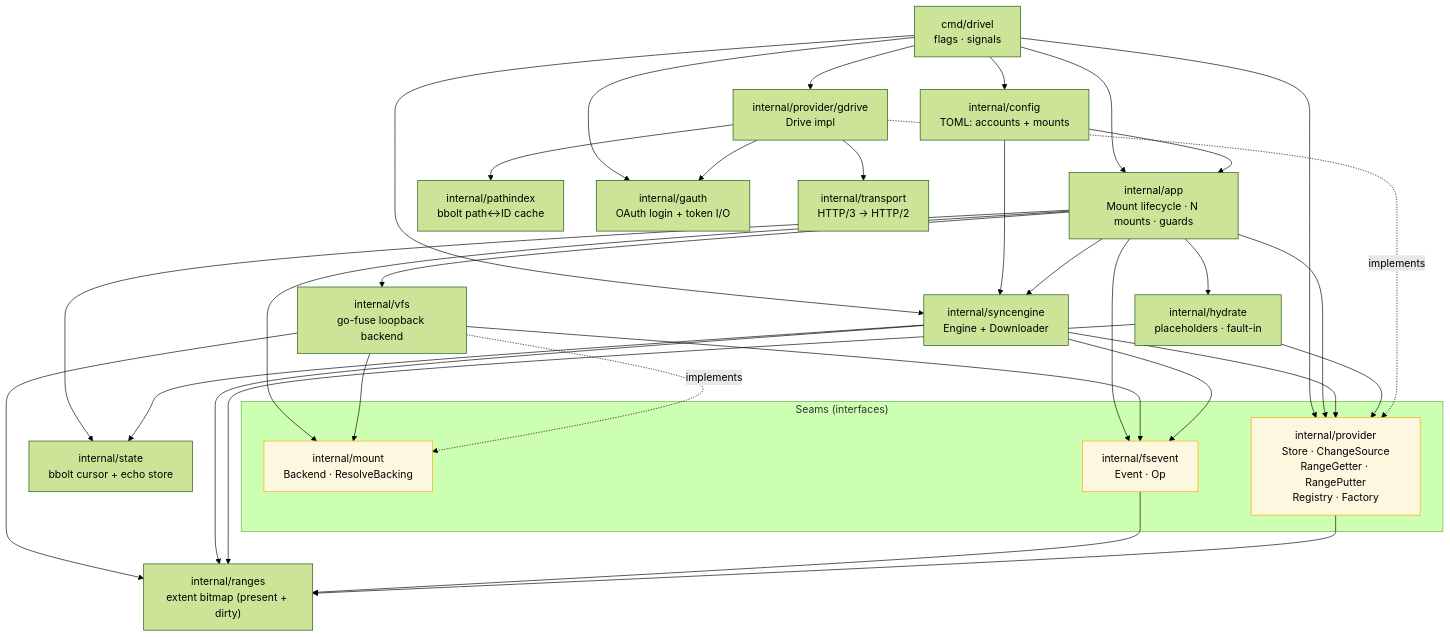
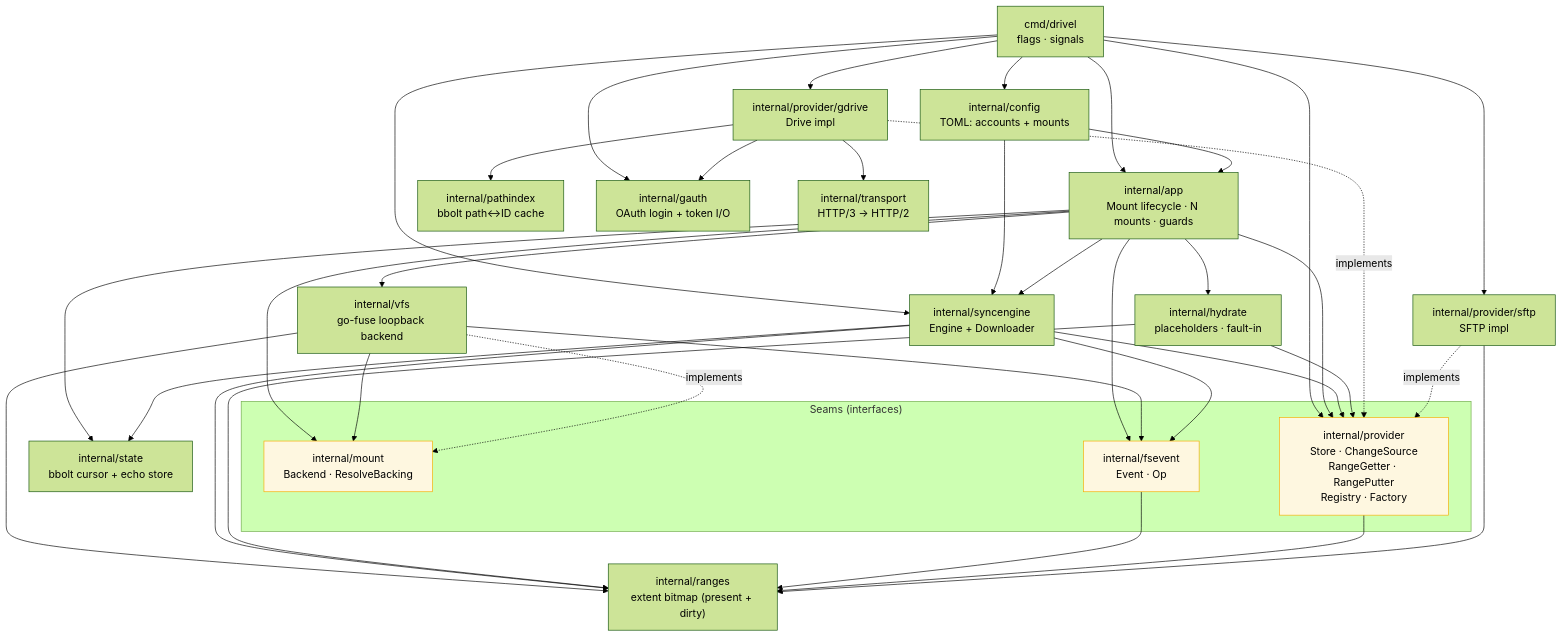
Before and after one commit to syshlted/drivel: the second of 2 diagrams in docs/dev/architecture.md, drawn with Mermaid (forest theme). The commit also changed other lines of this file and 41 other files, not shown here.

````diff
--- a/docs/dev/architecture.md
+++ b/docs/dev/architecture.md
@@ -104,66 +107,71 @@
 ```mermaid
 flowchart TD
     main["cmd/drivel<br/>flags · signals"]
     app["internal/app<br/>Mount lifecycle · N mounts · guards"]
     config["internal/config<br/>TOML: accounts + mounts"]
 
     subgraph seams["Seams (interfaces)"]
         mount["internal/mount<br/>Backend · ResolveBacking"]
         provider["internal/provider<br/>Store · ChangeSource<br/>RangeGetter · RangePutter<br/>Registry · Factory"]
         fsevent["internal/fsevent<br/>Event · Op"]
     end
 
     vfs["internal/vfs<br/>go-fuse loopback backend"]
     syncengine["internal/syncengine<br/>Engine + Downloader"]
     state["internal/state<br/>bbolt cursor + echo store"]
     hydrate["internal/hydrate<br/>placeholders · fault-in"]
     rangespkg["internal/ranges<br/>extent bitmap (present + dirty)"]
     gdrive["internal/provider/gdrive<br/>Drive impl"]
+    sftppkg["internal/provider/sftp<br/>SFTP impl"]
     pathindex["internal/pathindex<br/>bbolt path↔ID cache"]
     gauth["internal/gauth<br/>OAuth login + token I/O"]
     transport["internal/transport<br/>HTTP/3 → HTTP/2"]
 
     main --> app
     main --> config
     main --> provider
     main --> gdrive
+    main --> sftppkg
     main --> syncengine
     main --> gauth
 
     config --> app
     config --> syncengine
 
     app --> mount
     app --> provider
     app --> syncengine
     app --> state
     app --> vfs
     app --> fsevent
     app --> hydrate
 
     vfs --> mount
     vfs --> fsevent
     vfs --> rangespkg
 
     syncengine --> provider
     syncengine --> fsevent
     syncengine --> state
     syncengine --> rangespkg
 
     hydrate --> provider
     hydrate --> rangespkg
 
     gdrive --> pathindex
 
     fsevent --> rangespkg
     provider --> rangespkg
 
     gdrive -.implements.-> provider
     gdrive --> transport
     gdrive --> gauth
 
+    sftppkg -.implements.-> provider
+    sftppkg --> rangespkg
+
     vfs -.implements.-> mount
 
     classDef seam fill:#fef7e0,stroke:#f9ab00;
     class mount,provider,fsevent seam;
 ```
````
